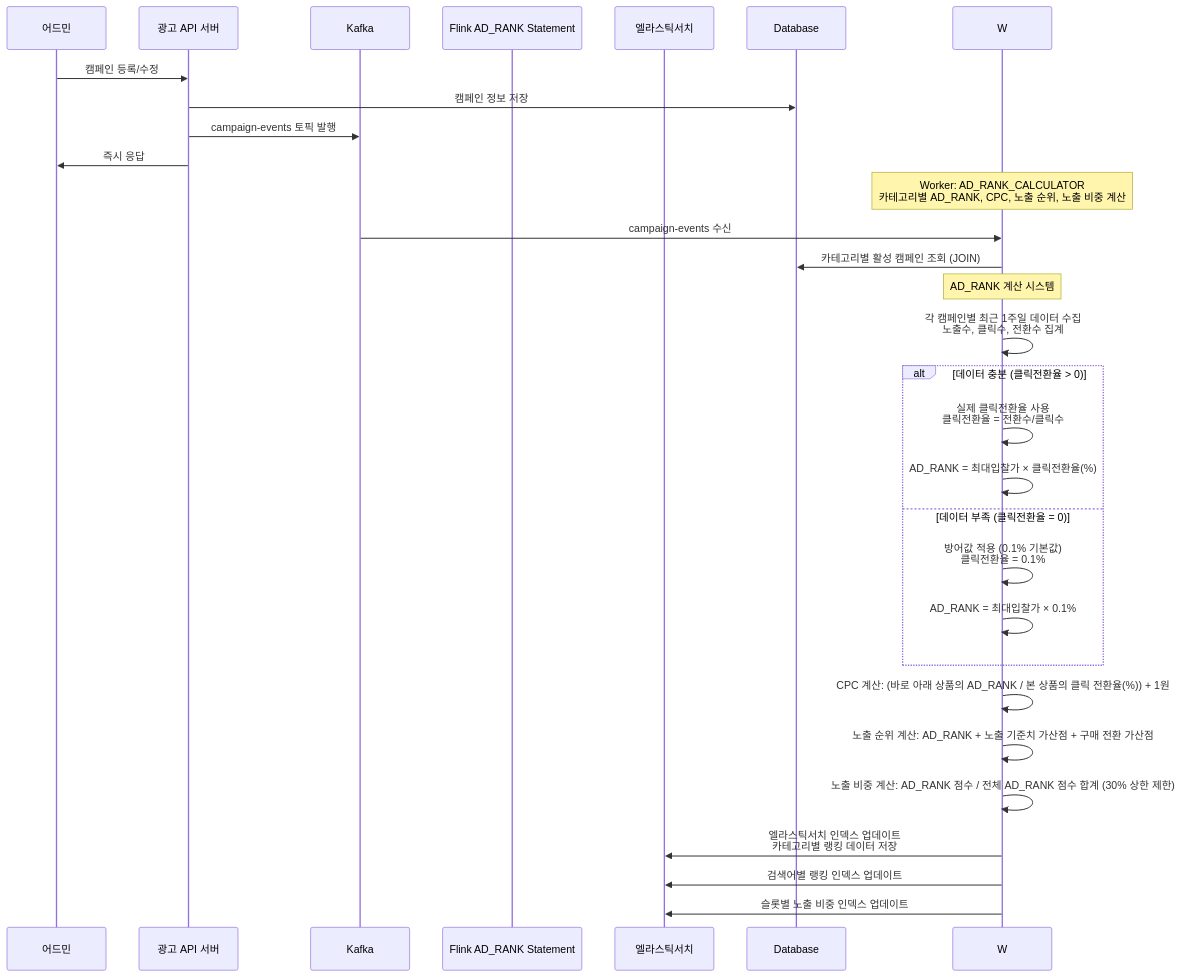
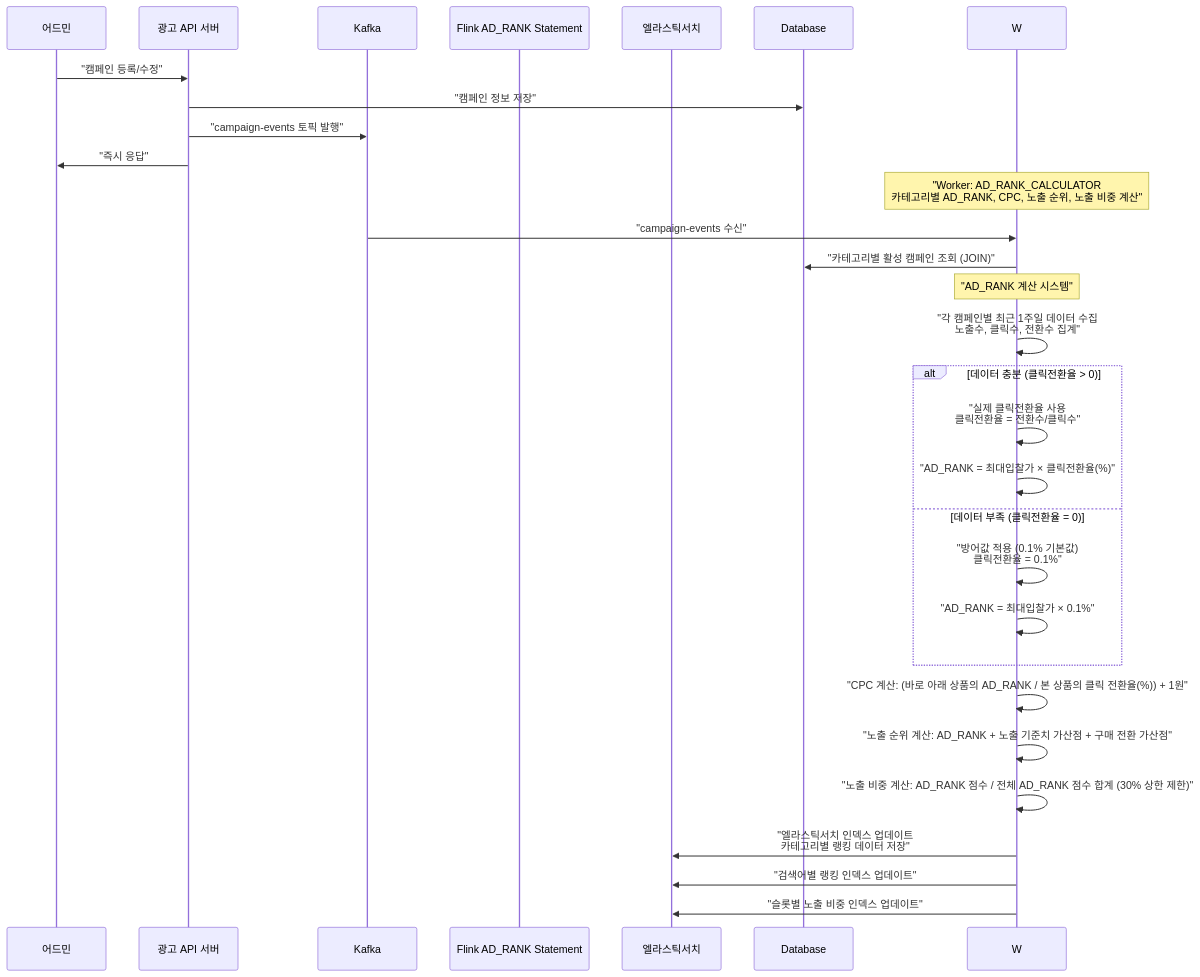
One commit to smk692/advertisement-project changed the second of 6 diagrams in docs/2. 설계/2-2. 아키텍처.md. Above: the diagram before and after it, drawn with Mermaid. The commit also changed other lines of this file and 3 other files, not shown here.

First line of the commit message:
fix: Mermaid 다이어그램 파싱 에러 수정 - 한글 라벨 따옴표 처리

````diff
--- a/docs/2. 설계/2-2. 아키텍처.md
+++ b/docs/2. 설계/2-2. 아키텍처.md
@@ -119,37 +119,37 @@
 ```mermaid
 sequenceDiagram
     participant Admin as 어드민
     participant API as 광고 API 서버
     participant K as Kafka
     participant F as Flink AD_RANK Statement
     participant ES as 엘라스틱서치
     participant DB as Database
     
-    Admin->>API: 캠페인 등록/수정
-    API->>DB: 캠페인 정보 저장
-    API->>K: campaign-events 토픽 발행
-    API->>Admin: 즉시 응답
+    Admin->>API: "캠페인 등록/수정"
+    API->>DB: "캠페인 정보 저장"
+    API->>K: "campaign-events 토픽 발행"
+    API->>Admin: "즉시 응답"
     
-    Note over W: Worker: AD_RANK_CALCULATOR<br/>카테고리별 AD_RANK, CPC, 노출 순위, 노출 비중 계산
-    K->>W: campaign-events 수신
+    Note over W: "Worker: AD_RANK_CALCULATOR<br/>카테고리별 AD_RANK, CPC, 노출 순위, 노출 비중 계산"
+    K->>W: "campaign-events 수신"
     
-    W->>DB: 카테고리별 활성 캠페인 조회 (JOIN)
+    W->>DB: "카테고리별 활성 캠페인 조회 (JOIN)"
     
-    Note over W: AD_RANK 계산 시스템
-    W->>W: 각 캠페인별 최근 1주일 데이터 수집<br/>노출수, 클릭수, 전환수 집계
+    Note over W: "AD_RANK 계산 시스템"
+    W->>W: "각 캠페인별 최근 1주일 데이터 수집<br/>노출수, 클릭수, 전환수 집계"
     
     alt 데이터 충분 (클릭전환율 > 0)
-        W->>W: 실제 클릭전환율 사용<br/>클릭전환율 = 전환수/클릭수
-        W->>W: AD_RANK = 최대입찰가 × 클릭전환율(%)
+        W->>W: "실제 클릭전환율 사용<br/>클릭전환율 = 전환수/클릭수"
+        W->>W: "AD_RANK = 최대입찰가 × 클릭전환율(%)"
     else 데이터 부족 (클릭전환율 = 0)  
-        W->>W: 방어값 적용 (0.1% 기본값)<br/>클릭전환율 = 0.1%
-        W->>W: AD_RANK = 최대입찰가 × 0.1%
+        W->>W: "방어값 적용 (0.1% 기본값)<br/>클릭전환율 = 0.1%"
+        W->>W: "AD_RANK = 최대입찰가 × 0.1%"
     end
     
-    W->>W: CPC 계산: (바로 아래 상품의 AD_RANK / 본 상품의 클릭 전환율(%)) + 1원
-    W->>W: 노출 순위 계산: AD_RANK + 노출 기준치 가산점 + 구매 전환 가산점
-    W->>W: 노출 비중 계산: AD_RANK 점수 / 전체 AD_RANK 점수 합계 (30% 상한 제한)
-    W->>ES: 엘라스틱서치 인덱스 업데이트<br/>카테고리별 랭킹 데이터 저장
-    W->>ES: 검색어별 랭킹 인덱스 업데이트
-    W->>ES: 슬롯별 노출 비중 인덱스 업데이트
+    W->>W: "CPC 계산: (바로 아래 상품의 AD_RANK / 본 상품의 클릭 전환율(%)) + 1원"
+    W->>W: "노출 순위 계산: AD_RANK + 노출 기준치 가산점 + 구매 전환 가산점"
+    W->>W: "노출 비중 계산: AD_RANK 점수 / 전체 AD_RANK 점수 합계 (30% 상한 제한)"
+    W->>ES: "엘라스틱서치 인덱스 업데이트<br/>카테고리별 랭킹 데이터 저장"
+    W->>ES: "검색어별 랭킹 인덱스 업데이트"
+    W->>ES: "슬롯별 노출 비중 인덱스 업데이트"
 ```
````
